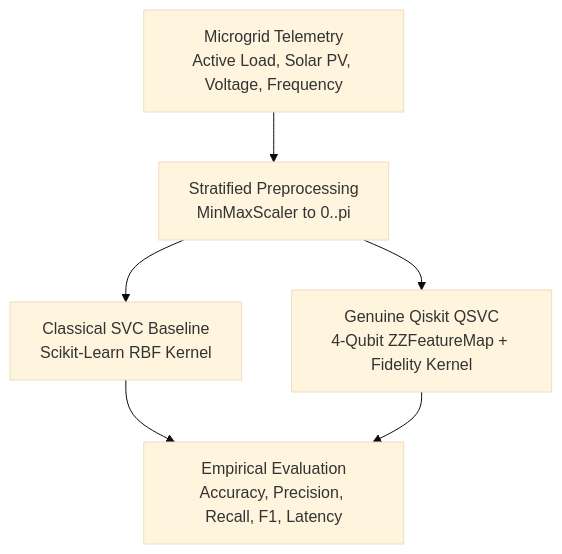
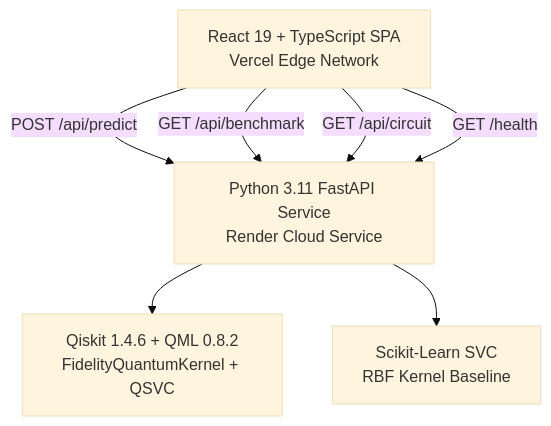
One commit to vtu-qiskit-fall-fest-2026/vtu-hc-ctrl-ai changed the diagram in README.md. Above: the diagram before and after it, drawn with Mermaid (base theme). The commit also changed other lines of this file, not shown here.

Commit message:
Replace root README with the final project overview while keeping the existing project structure and architecture framing intact

````diff
--- a/README.md
+++ b/README.md
@@ -83,14 +229,14 @@
 ```mermaid
 flowchart TD
-    Sensor[Microgrid Telemetry<br/>Active Load, Solar PV, Voltage, Frequency]
-    Pre[Stratified Preprocessing<br/>MinMaxScaler to 0..pi]
-    Classical[Classical SVC Baseline<br/>Scikit-Learn RBF Kernel]
-    Quantum[Genuine Qiskit QSVC<br/>4-Qubit ZZFeatureMap + Fidelity Kernel]
-    Bench[Empirical Evaluation<br/>Accuracy, Precision, Recall, F1, Latency]
+    Client[React 19 + TypeScript SPA<br/>Vercel Edge Network]
+    API[Python 3.11 FastAPI Service<br/>Render Cloud Service]
+    Qiskit[Qiskit 1.4.6 + QML 0.8.2<br/>FidelityQuantumKernel + QSVC]
+    Classical[Scikit-Learn SVC<br/>RBF Kernel Baseline]
 
-    Sensor --> Pre
-    Pre --> Classical
-    Pre --> Quantum
-    Classical --> Bench
-    Quantum --> Bench
+    Client -- "POST /api/predict" --> API
+    Client -- "GET /api/benchmark" --> API
+    Client -- "GET /api/circuit" --> API
+    Client -- "GET /health" --> API
+    API --> Qiskit
+    API --> Classical
 ```
````
